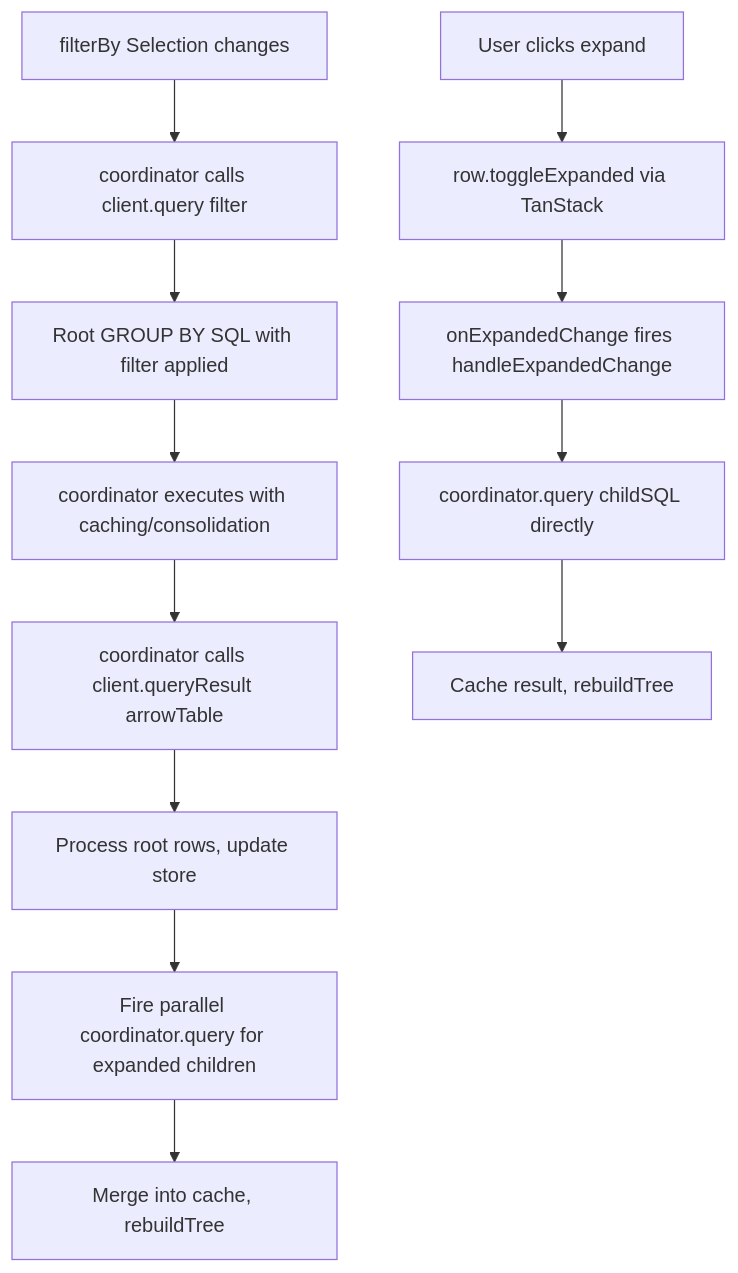
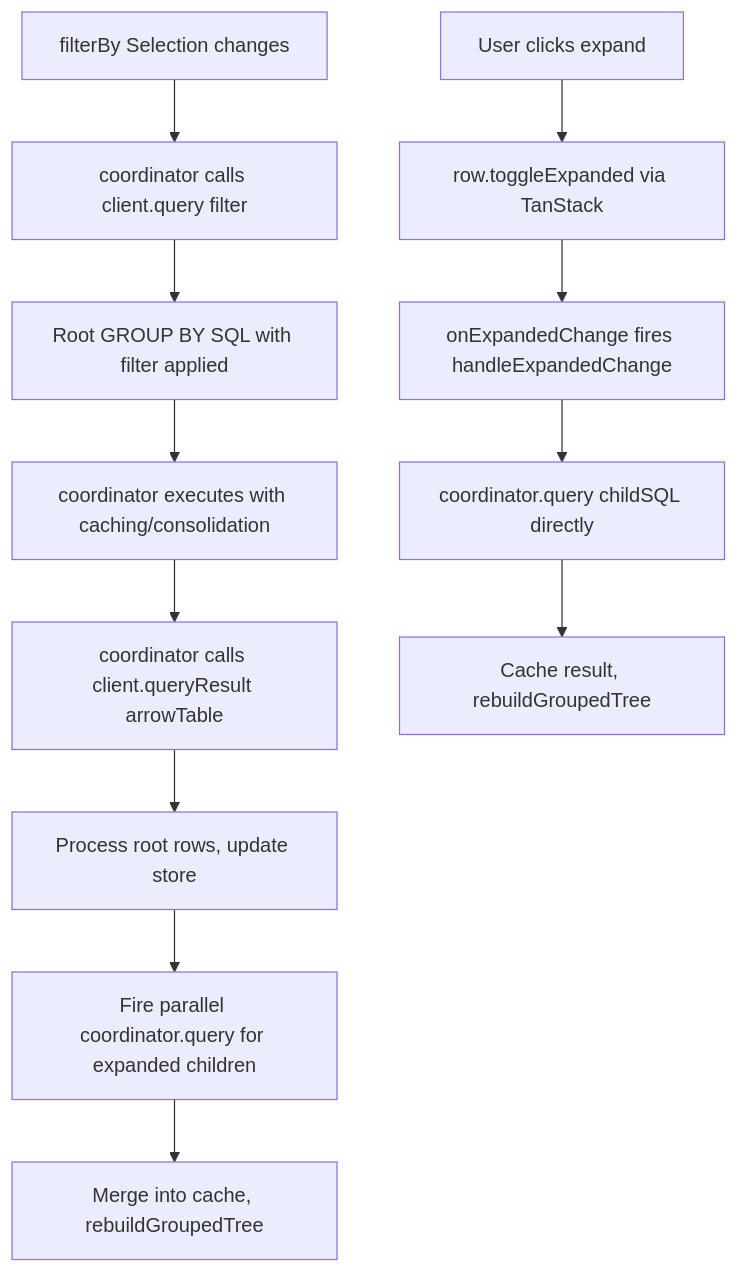
The diagram in docs/react/grouped-table.md (nozzle/mosaic-adapters), drawn with Mermaid before and after one commit. The commit also changed other lines of this file and 1 other file, not shown here.

Commit message:
docs: update grouped table guide for unified API; fix HttpArrowConnector query type passthrough

````diff
--- a/docs/react/grouped-table.md
+++ b/docs/react/grouped-table.md
@@ -143,14 +225,14 @@
 ```mermaid
 graph TD
     A[filterBy Selection changes] --> B[coordinator calls client.query filter]
     B --> C[Root GROUP BY SQL with filter applied]
     C --> D[coordinator executes with caching/consolidation]
     D --> E[coordinator calls client.queryResult arrowTable]
     E --> F[Process root rows, update store]
     F --> G[Fire parallel coordinator.query for expanded children]
-    G --> H[Merge into cache, rebuildTree]
+    G --> H[Merge into cache, rebuildGroupedTree]
     I[User clicks expand] --> J[row.toggleExpanded via TanStack]
     J --> K[onExpandedChange fires handleExpandedChange]
     K --> L[coordinator.query childSQL directly]
-    L --> M[Cache result, rebuildTree]
+    L --> M[Cache result, rebuildGroupedTree]
 ```
````
